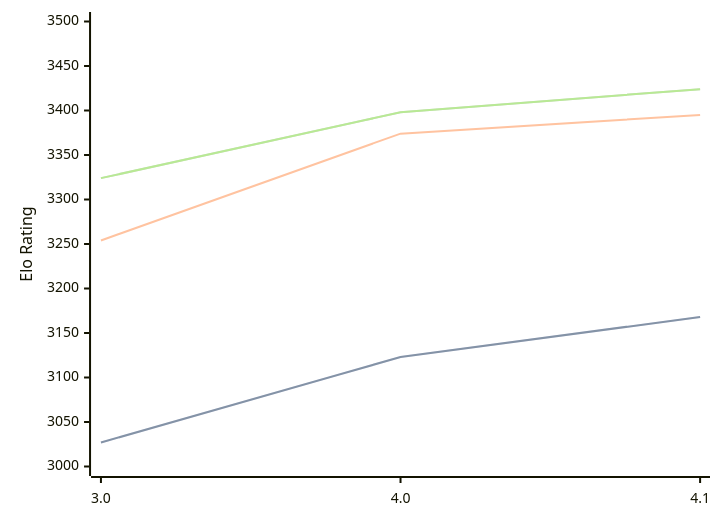
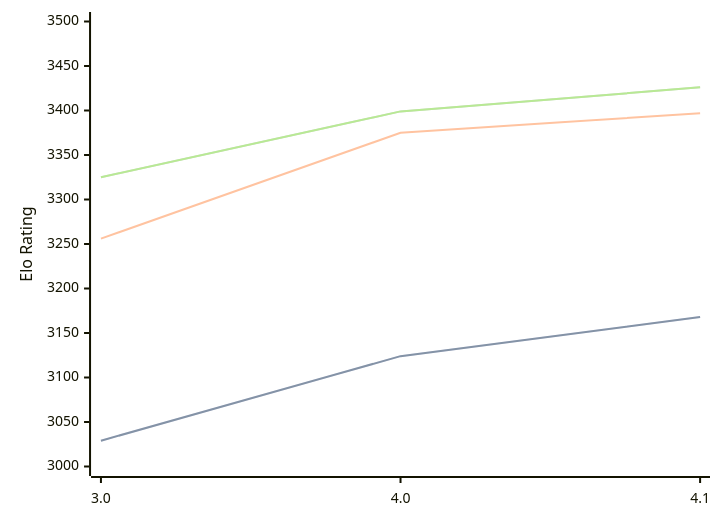
One commit to computer-chess-index/cci changed the diagram in engines/Eleanor.md. Above: the diagram before and after it, drawn with Mermaid. The commit also changed other lines of this file, not shown here.

Commit message:
Update CCI Ratings (ELO VLTC) - 2026-09-01

````diff
--- a/engines/Eleanor.md
+++ b/engines/Eleanor.md
@@ -33,11 +33,11 @@
 ```mermaid
 %%{init: {"theme":"base","themeVariables":{"seriesColors:['#a3a3a3','#222221','#faa371']}}}%%
 xychart-beta
   x-axis ["3.0", "4.0", "4.1"]
   y-axis "Elo Rating" 3000 --> 3500
-  line "" [3027, 3123, 3168]
-  line "STC (8.0+0.08s)" [3027, 3123, 3168]
-  line "LTC (60.0+0.60s)" [3254, 3374, 3395]
-  line "" [3324, 3398, 3424]
-  line "VLTC (2m24s+1.12s)" [3324, 3398, 3424]
+  line "" [3029, 3124, 3168]
+  line "STC (8.0+0.08s)" [3029, 3124, 3168]
+  line "LTC (60.0+0.60s)" [3256, 3375, 3397]
+  line "" [3325, 3399, 3426]
+  line "VLTC (2m24s+1.12s)" [3325, 3399, 3426]
 ```
````
